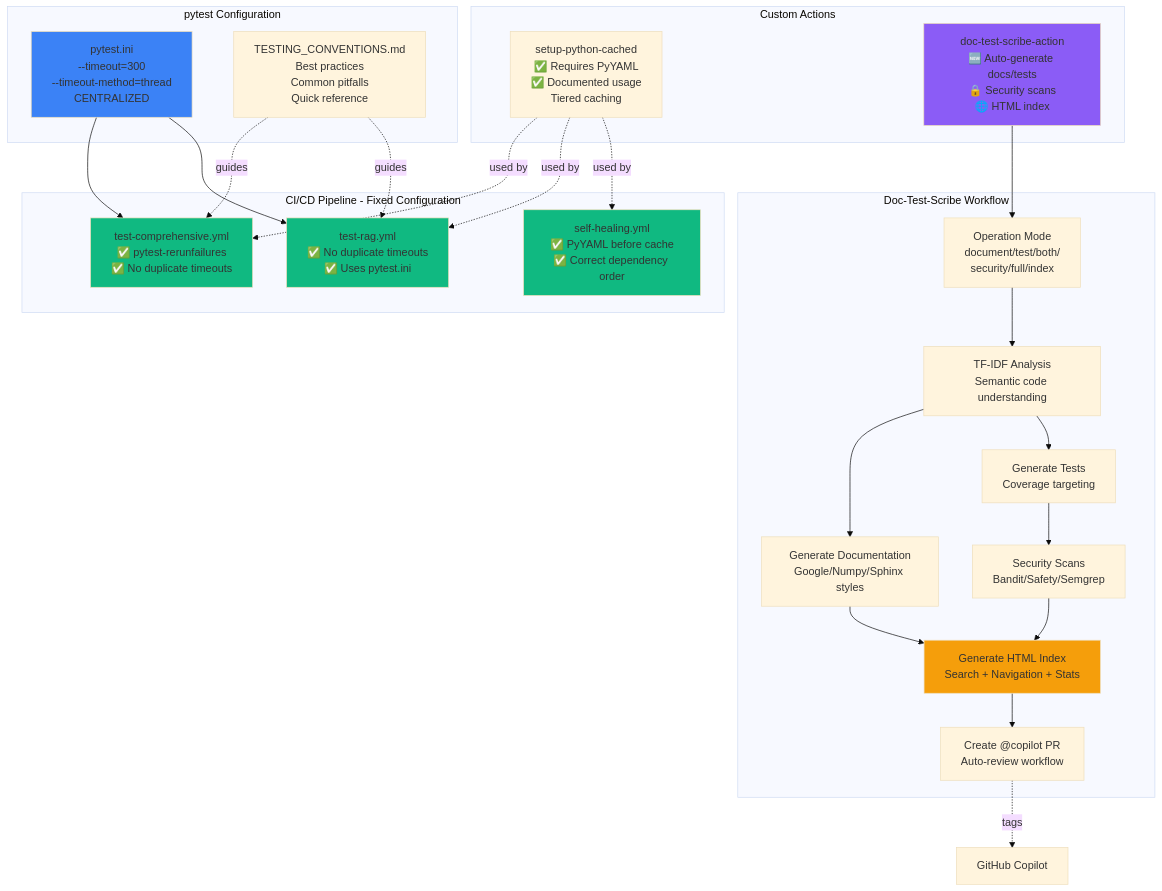
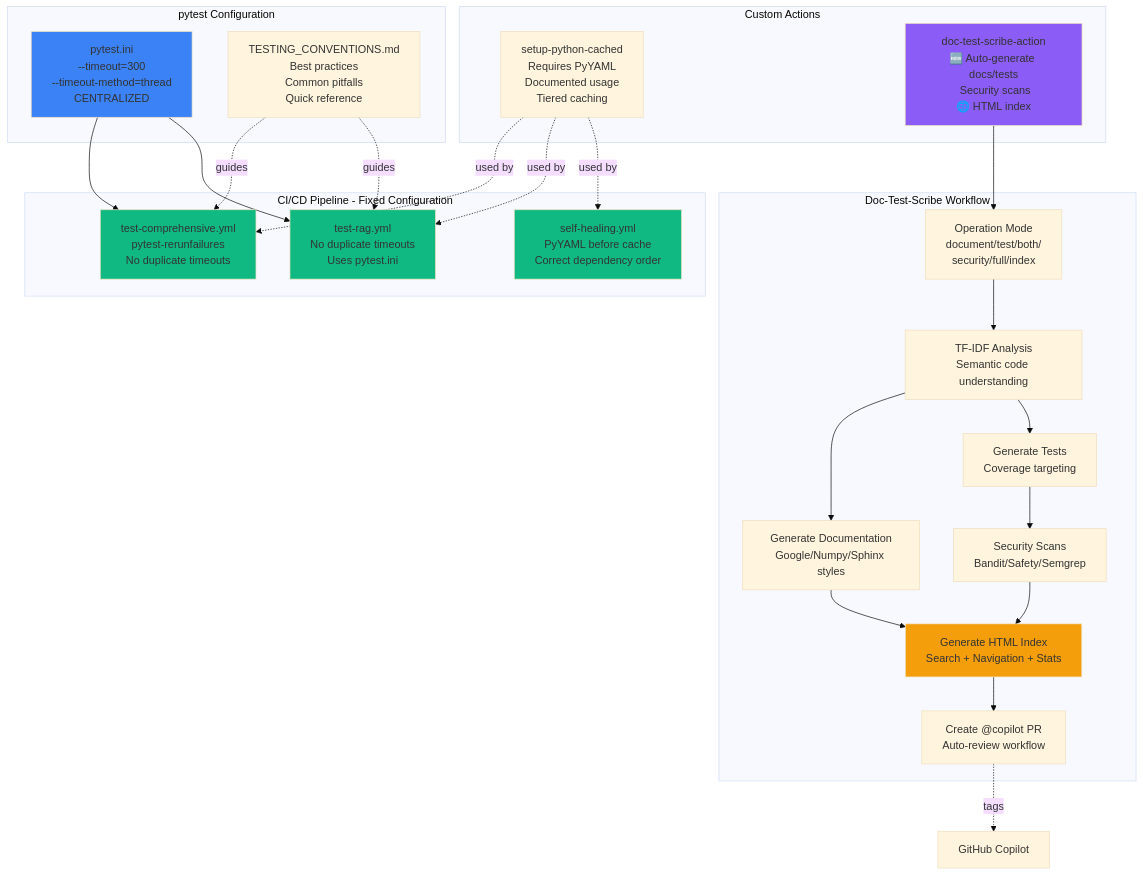
Before and after one commit to Aries-Serpent/_codex_: the first of 13 diagrams in docs/guides/REPOSITORY_ARCHITECTURE_DIAGRAMS.md, drawn with Mermaid (base theme). The commit also changed other lines of this file and 2029 other files, not shown here.

````diff
--- a/docs/guides/REPOSITORY_ARCHITECTURE_DIAGRAMS.md
+++ b/docs/guides/REPOSITORY_ARCHITECTURE_DIAGRAMS.md
@@ -27,60 +29,60 @@
 ```mermaid
-%%{init: {'accessibility': {'title': 'Diagram showing test-comprehensive.yml<br/>✅ pytest-rerunfailures<br/>✅ No duplicate timeouts, test-rag.yml<br/>✅ No duplicate timeouts<br/>✅ Uses pytest.ini'}}%%
+%%{init: {'accessibility': {'title': 'Diagram showing test-comprehensive.yml<br/> pytest-rerunfailures<br/> No duplicate timeouts, test-rag.yml<br/> No duplicate timeouts<br/> Uses pytest.ini'}}%%
 graph TB
     subgraph "CI/CD Pipeline - Fixed Configuration"
-        TC[test-comprehensive.yml<br/>✅ pytest-rerunfailures<br/>✅ No duplicate timeouts]
-        TR[test-rag.yml<br/>✅ No duplicate timeouts<br/>✅ Uses pytest.ini]
-        SH[self-healing.yml<br/>✅ PyYAML before cache<br/>✅ Correct dependency order]
+        TC[test-comprehensive.yml<br/> pytest-rerunfailures<br/> No duplicate timeouts]
+        TR[test-rag.yml<br/> No duplicate timeouts<br/> Uses pytest.ini]
+        SH[self-healing.yml<br/> PyYAML before cache<br/> Correct dependency order]
     end
 
     subgraph "pytest Configuration"
         PI[pytest.ini<br/>--timeout=300<br/>--timeout-method=thread<br/>CENTRALIZED]
         CONV[TESTING_CONVENTIONS.md<br/>Best practices<br/>Common pitfalls<br/>Quick reference]
     end
 
     subgraph "Custom Actions"
-        SPC[setup-python-cached<br/>✅ Requires PyYAML<br/>✅ Documented usage<br/>Tiered caching]
-        DTS[doc-test-scribe-action<br/>🆕 Auto-generate docs/tests<br/>🔒 Security scans<br/>🌐 HTML index]
+        SPC[setup-python-cached<br/> Requires PyYAML<br/> Documented usage<br/>Tiered caching]
+        DTS[doc-test-scribe-action<br/>🆕 Auto-generate docs/tests<br/> Security scans<br/>🌐 HTML index]
     end
 
     subgraph "Doc-Test-Scribe Workflow"
         MODE[Operation Mode<br/>document/test/both/<br/>security/full/index]
         ANALYZE[TF-IDF Analysis<br/>Semantic code understanding]
         GENDOC[Generate Documentation<br/>Google/Numpy/Sphinx styles]
         GENTEST[Generate Tests<br/>Coverage targeting]
         SECURITY[Security Scans<br/>Bandit/Safety/Semgrep]
         HTML[Generate HTML Index<br/>Search + Navigation + Stats]
         PR[Create @copilot PR<br/>Auto-review workflow]
     end
 
     %% Configuration flows
     PI --> TC
     PI --> TR
     CONV -.guides.-> TC
     CONV -.guides.-> TR
 
     %% Custom action usage
     SPC -.used by.-> TC
     SPC -.used by.-> TR
     SPC -.used by.-> SH
 
     %% Doc-Test-Scribe workflow
     MODE --> ANALYZE
     ANALYZE --> GENDOC
     ANALYZE --> GENTEST
     GENDOC --> HTML
     GENTEST --> SECURITY
     SECURITY --> HTML
     HTML --> PR
 
     %% Integration points
     DTS --> MODE
     PR -.tags.-> Copilot[GitHub Copilot]
 
     style TC fill:#10b981
     style TR fill:#10b981
     style SH fill:#10b981
     style PI fill:#3b82f6
     style DTS fill:#8b5cf6
     style HTML fill:#f59e0b
 ```
````
